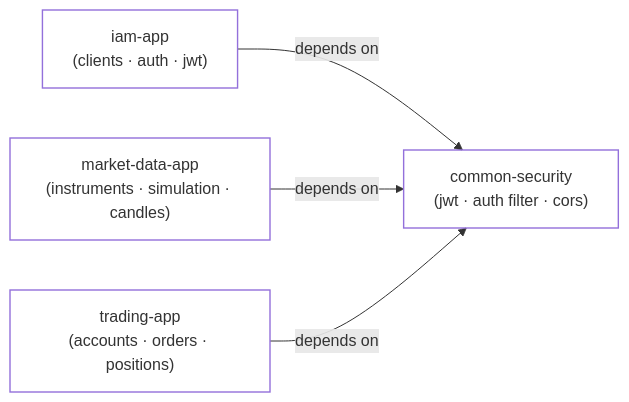
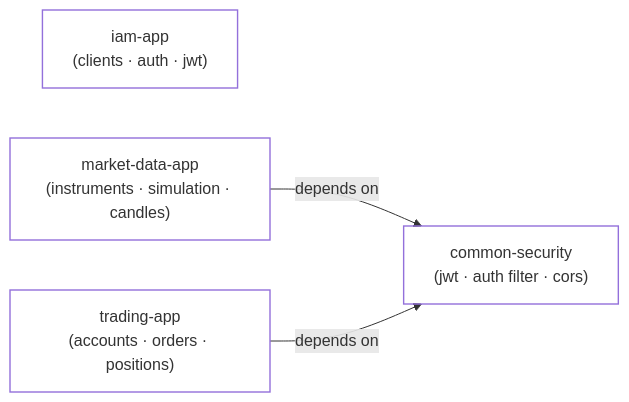
Before and after one commit to chrismuss04/leap-laugh-love: the second of 7 diagrams in README.md, drawn with Mermaid. The commit also changed other lines of this file and 11 other files, not shown here.

````diff
--- a/README.md
+++ b/README.md
@@ -101,11 +105,10 @@
 ```mermaid
 flowchart LR
     classDef mod fill:transparent,stroke-width:1.4px;
     CS["common-security<br/>(jwt · auth filter · cors)"]:::mod
     IAM["iam-app<br/>(clients · auth · jwt)"]:::mod
     MD["market-data-app<br/>(instruments · simulation · candles)"]:::mod
     TR["trading-app<br/>(accounts · orders · positions)"]:::mod
-    IAM -- "depends on" --> CS
     MD -- "depends on" --> CS
     TR -- "depends on" --> CS
 ```
````
